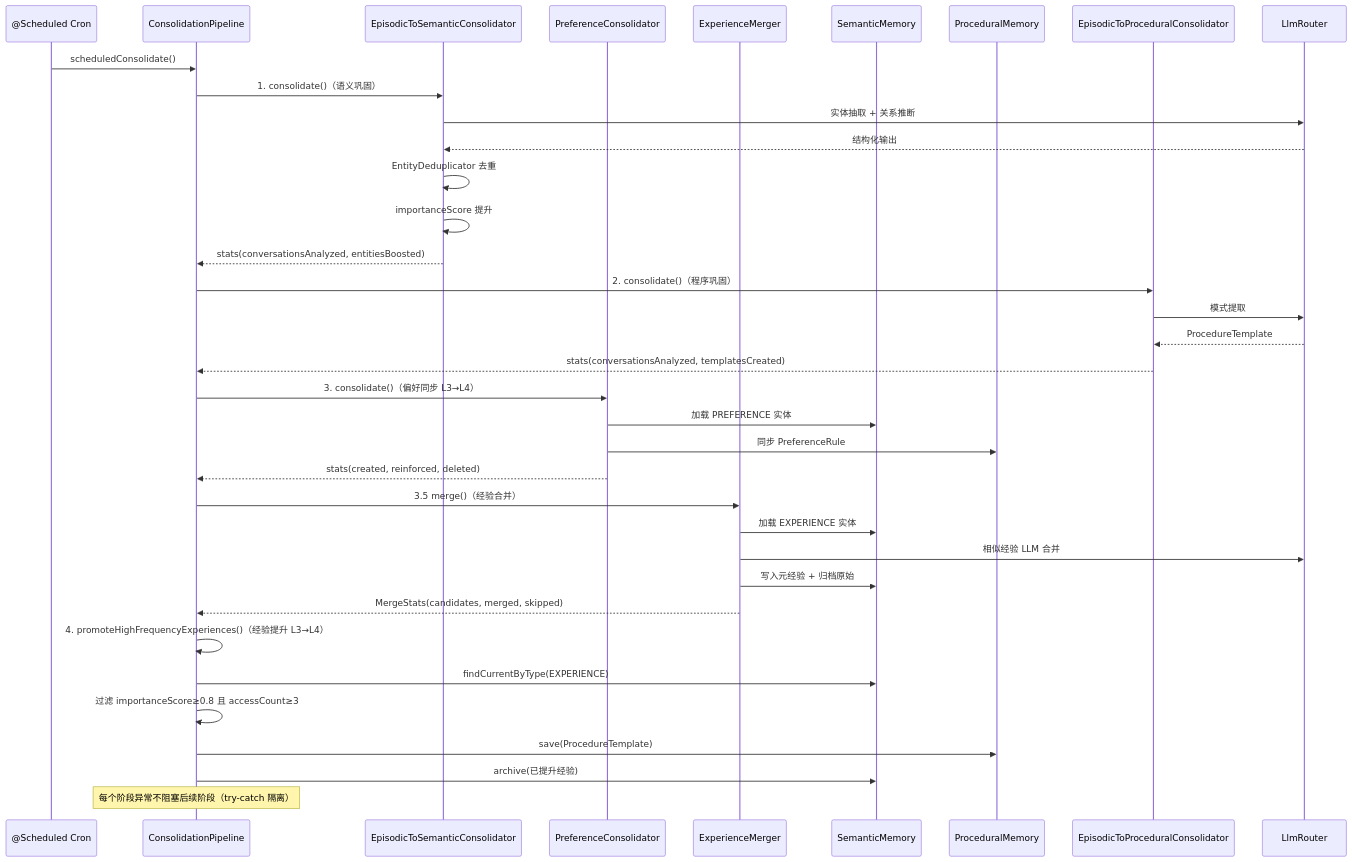
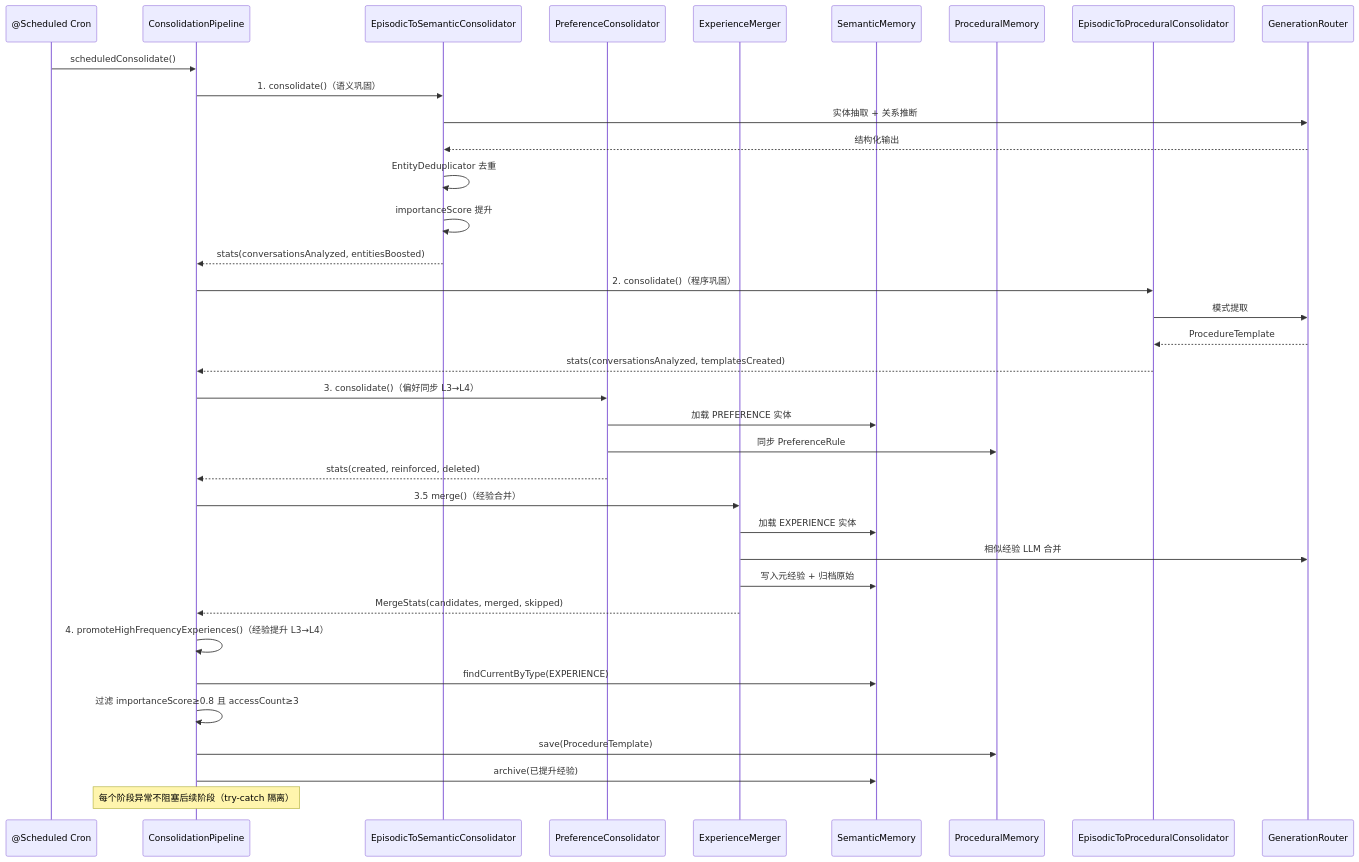
The tenth of 35 diagrams in ARCHITECTURE-DIAGRAMS.md (ntygod/LifePilot), drawn with Mermaid before and after one commit. The commit also changed other lines of this file and 46 other files, not shown here.

````diff
--- a/ARCHITECTURE-DIAGRAMS.md
+++ b/ARCHITECTURE-DIAGRAMS.md
@@ -531,45 +529,45 @@
 ```mermaid
 sequenceDiagram
     participant Cron as @Scheduled Cron
     participant Pipeline as ConsolidationPipeline
     participant Semantic as EpisodicToSemanticConsolidator
     participant PrefCon as PreferenceConsolidator
     participant ExpMerger as ExperienceMerger
     participant SM as SemanticMemory
     participant PM as ProceduralMemory
     participant Procedural as EpisodicToProceduralConsolidator
-    participant LLM as LlmRouter
+    participant LLM as GenerationRouter
 
     Cron->>Pipeline: scheduledConsolidate()
     
     Pipeline->>Semantic: 1. consolidate()（语义巩固）
     Semantic->>LLM: 实体抽取 + 关系推断
     LLM-->>Semantic: 结构化输出
     Semantic->>Semantic: EntityDeduplicator 去重
     Semantic->>Semantic: importanceScore 提升
     Semantic-->>Pipeline: stats(conversationsAnalyzed, entitiesBoosted)
 
     Pipeline->>Procedural: 2. consolidate()（程序巩固）
     Procedural->>LLM: 模式提取
     LLM-->>Procedural: ProcedureTemplate
     Procedural-->>Pipeline: stats(conversationsAnalyzed, templatesCreated)
 
     Pipeline->>PrefCon: 3. consolidate()（偏好同步 L3→L4）
     PrefCon->>SM: 加载 PREFERENCE 实体
     PrefCon->>PM: 同步 PreferenceRule
     PrefCon-->>Pipeline: stats(created, reinforced, deleted)
 
     Pipeline->>ExpMerger: 3.5 merge()（经验合并）
     ExpMerger->>SM: 加载 EXPERIENCE 实体
     ExpMerger->>LLM: 相似经验 LLM 合并
     ExpMerger->>SM: 写入元经验 + 归档原始
     ExpMerger-->>Pipeline: MergeStats(candidates, merged, skipped)
 
     Pipeline->>Pipeline: 4. promoteHighFrequencyExperiences()（经验提升 L3→L4）
     Pipeline->>SM: findCurrentByType(EXPERIENCE)
     Pipeline->>Pipeline: 过滤 importanceScore≥0.8 且 accessCount≥3
     Pipeline->>PM: save(ProcedureTemplate)
     Pipeline->>SM: archive(已提升经验)
 
     Note over Pipeline: 每个阶段异常不阻塞后续阶段（try-catch 隔离）
 ```
````
